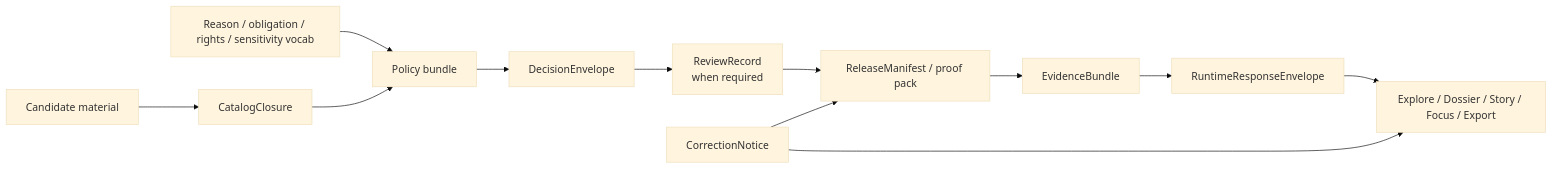
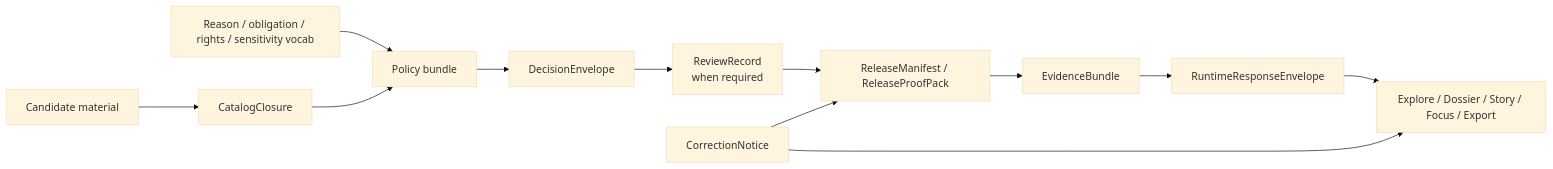
The diagram in policy/README.md (bartytime4life/Kansas-Frontier-Matrix), drawn with Mermaid (base theme) before and after one commit. The commit also changed other lines of this file, not shown here.

````diff
--- a/policy/README.md
+++ b/policy/README.md
@@ -240,14 +260,14 @@
 ```mermaid
 flowchart LR
   Candidate[Candidate material] --> Closure[CatalogClosure]
   Vocab[Reason / obligation / rights / sensitivity vocab] --> Bundle[Policy bundle]
   Closure --> Bundle
   Bundle --> Decision[DecisionEnvelope]
   Decision --> Review[ReviewRecord<br/>when required]
-  Review --> Release[ReleaseManifest / proof pack]
+  Review --> Release[ReleaseManifest / ReleaseProofPack]
   Release --> Evidence[EvidenceBundle]
   Evidence --> Runtime[RuntimeResponseEnvelope]
   Runtime --> Surfaces[Explore / Dossier / Story / Focus / Export]
   Correction[CorrectionNotice] --> Release
   Correction --> Surfaces
 ```
````
